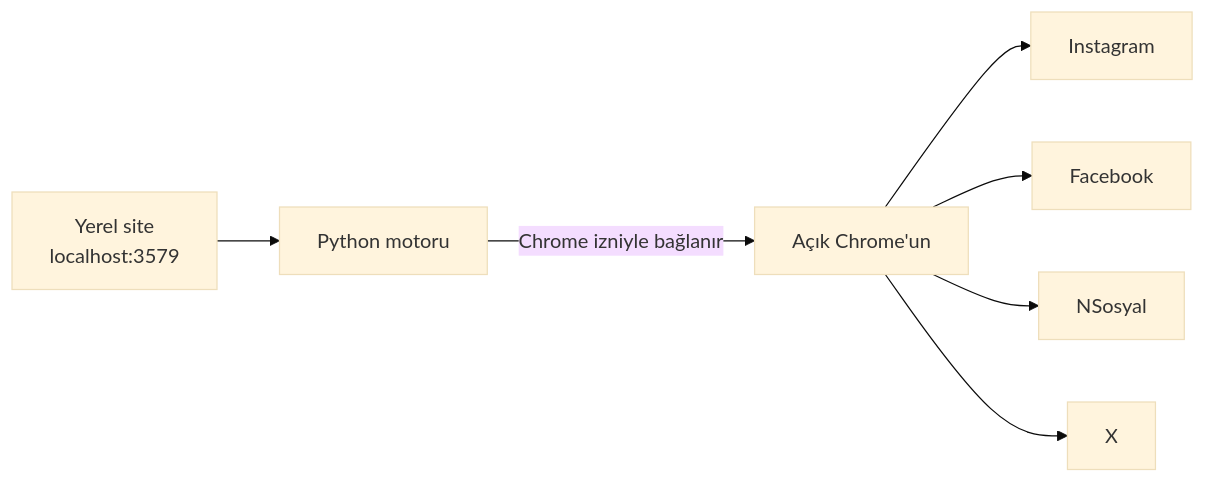
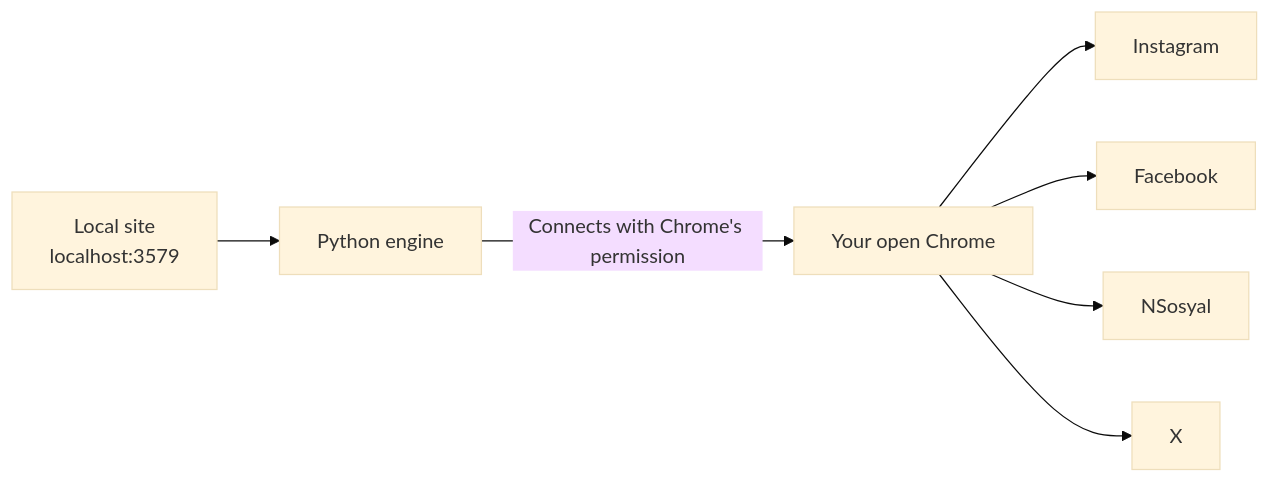
One commit to muratbulusx/sosyal-medya-coklu-kontrol changed the diagram in README.md. Above: the diagram before and after it, drawn with Mermaid (base theme). The commit also changed other lines of this file and 42 other files, not shown here.

````diff
--- a/README.md
+++ b/README.md
@@ -70,9 +73,9 @@
 ```mermaid
 flowchart LR
-    A[Yerel site<br>localhost:3579] --> B[Python motoru]
-    B -->|Chrome izniyle bağlanır| C[Açık Chrome'un]
+    A[Local site<br>localhost:3579] --> B[Python engine]
+    B -->|Connects with Chrome's permission| C[Your open Chrome]
     C --> D[Instagram]
     C --> E[Facebook]
     C --> F[NSosyal]
     C --> G[X]
 ```
````
